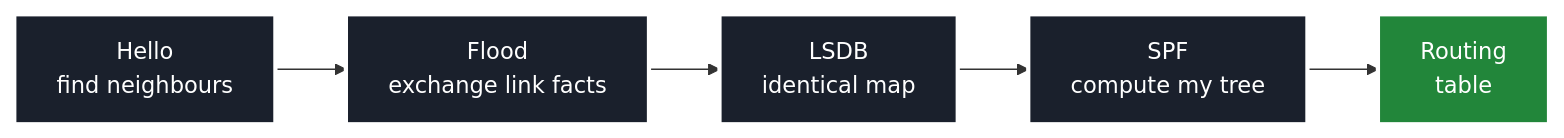
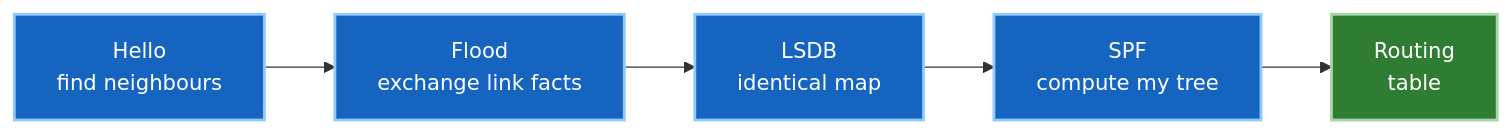
Before and after one commit to etherhtun/netforge-labs: the diagram in docs/courses/00-igp-fundamentals/01-link-state.md, drawn with Mermaid. The commit also changed 1 other file, not shown here.

Commit message:
fix: make Phase 0 diagrams readable in dark mode (measured, not guessed)
The previous fill (#1a202c) measured a contrast ratio of 1.15 against the dark
page background (#0b1120) — the boxes were effectively invisible. Earlier
attempts guessed at colours instead of measuring them; this one is measured.

Contrast ratios (white text on box / box vs light page / box vs dark page):
  #1a202c (was)  16.32 / 16.32 / 1.15   <- box vanishes on dark
  #1565c0 (now)   5.75 /  5.75 / 3.28   <- readable on both
  #2e7d32 (now)   5.13 /  5.13 / 3.67   <- readable on both

Uses the design-system palette already documented in CLAUDE.md (spine blue,
leaf green), which are mid-tones and therefore contrast against both the white
and dark-navy page backgrounds. Light stroke colours give edge definition.

Verified in-browser that Mermaid applies both classDef fill and color under
Material's theming, in both schemes.

````diff
--- a/docs/courses/00-igp-fundamentals/01-link-state.md
+++ b/docs/courses/00-igp-fundamentals/01-link-state.md
@@ -86,10 +86,10 @@
 ```mermaid
 graph LR
     A["Hello<br/>find neighbours"] --> B["Flood<br/>exchange link facts"]
     B --> C["LSDB<br/>identical map"]
     C --> D["SPF<br/>compute my tree"]
     D --> E["Routing<br/>table"]
-    classDef process fill:#1a202c,stroke:#ffffff,color:#ffffff,stroke-width:3px,font-size:16px;
-    classDef result fill:#22863a,stroke:#ffffff,color:#ffffff,stroke-width:3px,font-size:16px;
+    classDef process fill:#1565c0,stroke:#90caf9,color:#ffffff,stroke-width:2px,font-size:15px;
+    classDef result fill:#2e7d32,stroke:#a5d6a7,color:#ffffff,stroke-width:2px,font-size:15px;
     class A,B,C,D process; class E result;
 ```
````
